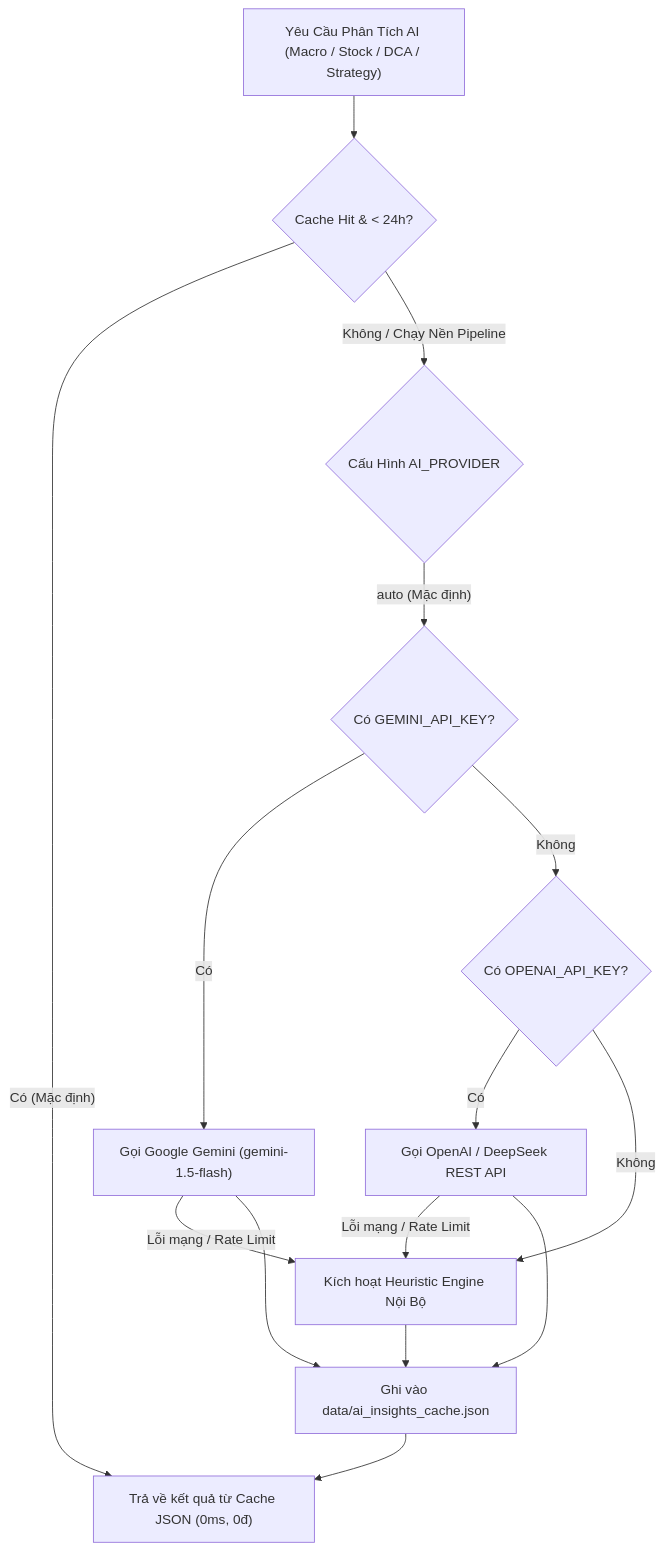
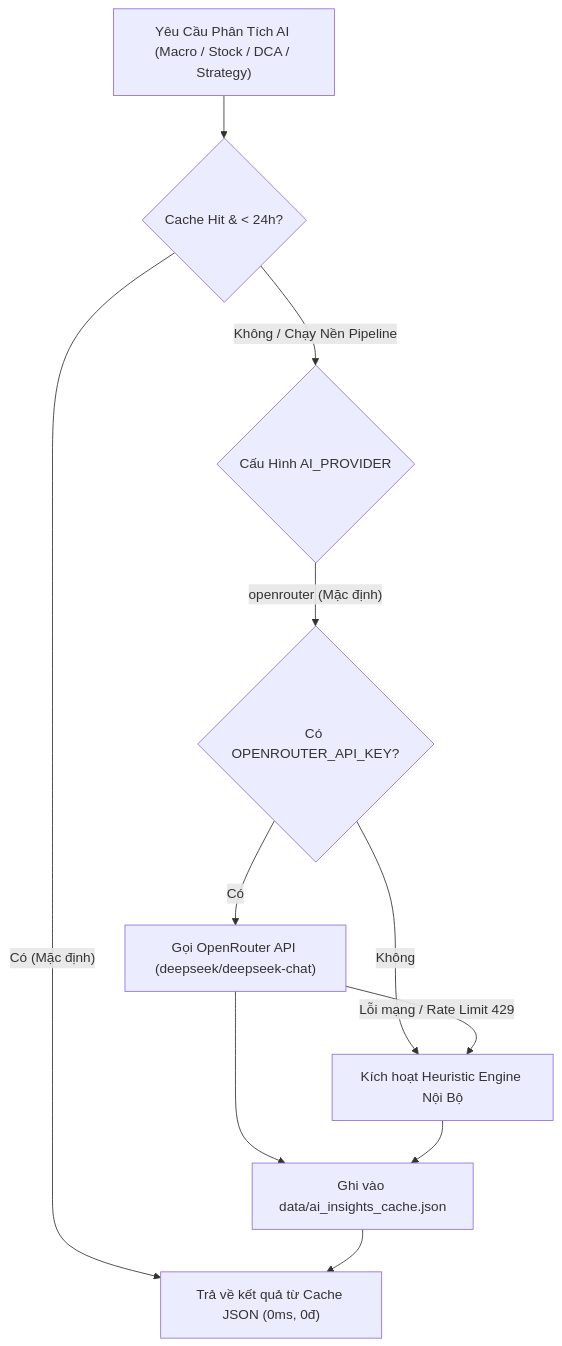
The diagram in docs/DEPLOYMENT_AND_ENV_CONFIG_GUIDE.md (thaihai-swe/stock), drawn with Mermaid before and after one commit. The commit also changed other lines of this file and 28 other files, not shown here.

First line of the commit message:
Refactor AI integration to utilize OpenRouter API

````diff
--- a/docs/DEPLOYMENT_AND_ENV_CONFIG_GUIDE.md
+++ b/docs/DEPLOYMENT_AND_ENV_CONFIG_GUIDE.md
@@ -162,18 +157,15 @@
 ```mermaid
 flowchart TD
     Start["Yêu Cầu Phân Tích AI (Macro / Stock / DCA / Strategy)"] --> CacheCheck{"Cache Hit & < 24h?"}
     CacheCheck -- "Có (Mặc định)" --> ReturnCache["Trả về kết quả từ Cache JSON (0ms, 0đ)"]
     CacheCheck -- "Không / Chạy Nền Pipeline" --> ProviderCheck{"Cấu Hình AI_PROVIDER"}
 
-    ProviderCheck -- "auto (Mặc định)" --> HasGemini{"Có GEMINI_API_KEY?"}
-    HasGemini -- "Có" --> CallGemini["Gọi Google Gemini (gemini-1.5-flash)"]
-    HasGemini -- "Không" --> HasOpenAI{"Có OPENAI_API_KEY?"}
-    HasOpenAI -- "Có" --> CallOpenAI["Gọi OpenAI / DeepSeek REST API"]
-    HasOpenAI -- "Không" --> CallHeuristic["Kích hoạt Heuristic Engine Nội Bộ"]
+    ProviderCheck -- "openrouter (Mặc định)" --> HasKey{"Có OPENROUTER_API_KEY?"}
+    HasKey -- "Có" --> CallOpenRouter["Gọi OpenRouter API (deepseek/deepseek-chat)"]
+    HasKey -- "Không" --> CallHeuristic["Kích hoạt Heuristic Engine Nội Bộ"]
 
-    CallGemini -- "Lỗi mạng / Rate Limit" --> CallHeuristic
-    CallOpenAI -- "Lỗi mạng / Rate Limit" --> CallHeuristic
+    CallOpenRouter -- "Lỗi mạng / Rate Limit 429" --> CallHeuristic
 
-    CallGemini & CallOpenAI & CallHeuristic --> SaveCache["Ghi vào data/ai_insights_cache.json"]
+    CallOpenRouter & CallHeuristic --> SaveCache["Ghi vào data/ai_insights_cache.json"]
     SaveCache --> ReturnCache
 ```
````
